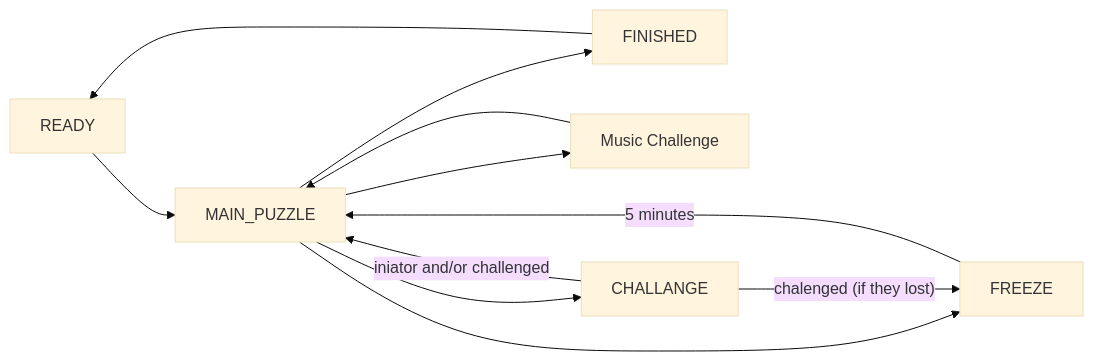
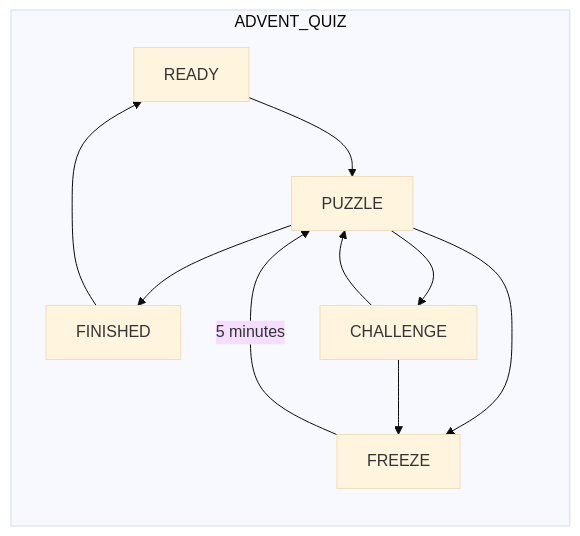
Before and after one commit to TristanAlbers/christmas-quiz: the second of 2 diagrams in Game States.md, drawn with Mermaid (base theme). The commit also changed other lines of this file and 3 other files, not shown here.

````diff
--- a/Game States.md
+++ b/Game States.md
@@ -24,15 +39,13 @@
 ```mermaid
 flowchart LR
-READY --> MAIN_PUZZLE
-FINISHED --> READY
-MAIN_PUZZLE --> HFS
-HFS --> MAIN_PUZZLE   
-MAIN_PUZZLE --> FREEZE
-FREEZE -- 5 minutes --> MAIN_PUZZLE
-CHALLANGE -- chalenged (if they lost) --> FREEZE
-CHALLANGE -- iniator and/or challenged --> MAIN_PUZZLE
-MAIN_PUZZLE --> CHALLANGE
-MAIN_PUZZLE --> FINISHED
-
-HFS[Music Challenge]
+subgraph ADVENT_QUIZ
+    READY --> PUZZLE
+    FINISHED --> READY
+    PUZZLE --> FREEZE
+    FREEZE -- 5 minutes --> PUZZLE
+    CHALLENGE --> FREEZE
+    CHALLENGE --> PUZZLE
+    PUZZLE --> CHALLENGE
+    PUZZLE --> FINISHED
+end
 ```
````
